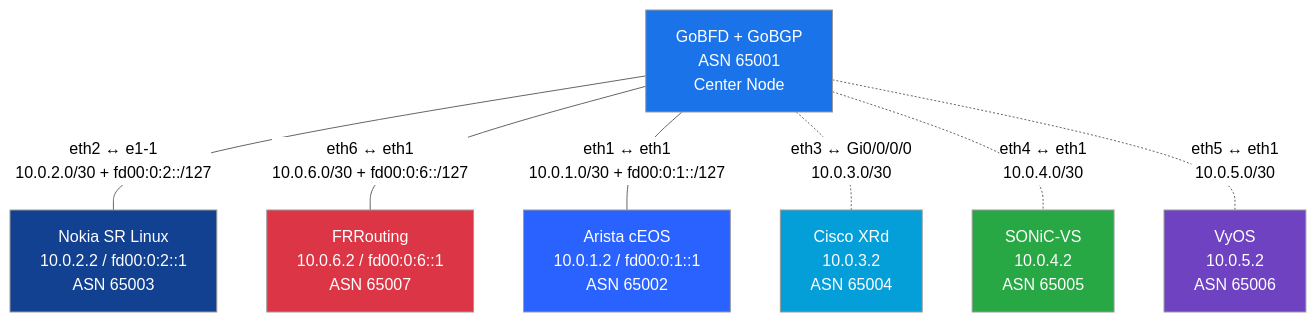
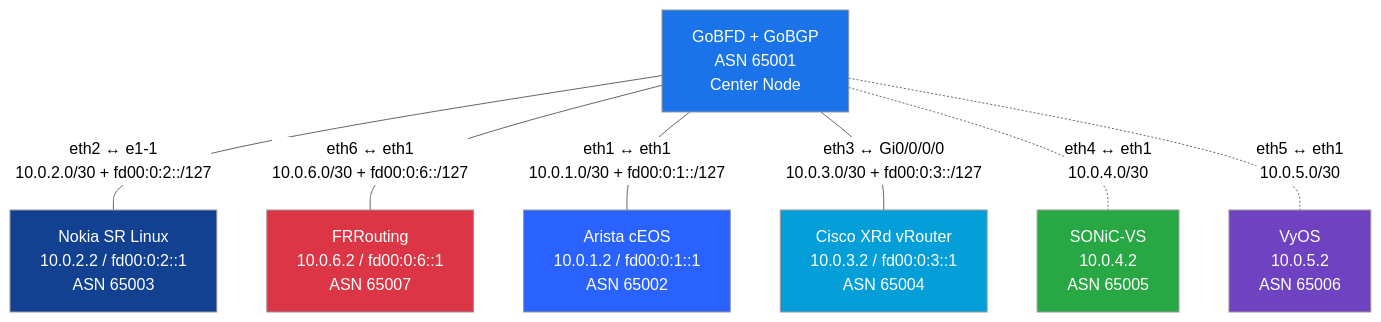
Before and after one commit to dantte-lp/gobfd: the fifth of 5 diagrams in docs/en/05-interop.md, drawn with Mermaid (neutral theme). The commit also changed other lines of this file and 14 other files, not shown here.

````diff
--- a/docs/en/05-interop.md
+++ b/docs/en/05-interop.md
@@ -269,26 +347,26 @@
 ```mermaid
 graph TD
     GOBFD["GoBFD + GoBGP<br/>ASN 65001<br/>Center Node"]
 
     NOKIA["Nokia SR Linux<br/>10.0.2.2 / fd00:0:2::1<br/>ASN 65003"]
     FRR["FRRouting<br/>10.0.6.2 / fd00:0:6::1<br/>ASN 65007"]
     ARISTA["Arista cEOS<br/>10.0.1.2 / fd00:0:1::1<br/>ASN 65002"]
-    CISCO["Cisco XRd<br/>10.0.3.2<br/>ASN 65004"]
+    CISCO["Cisco XRd vRouter<br/>10.0.3.2 / fd00:0:3::1<br/>ASN 65004"]
     SONIC["SONiC-VS<br/>10.0.4.2<br/>ASN 65005"]
     VYOS["VyOS<br/>10.0.5.2<br/>ASN 65006"]
 
     GOBFD ---|"eth2 ↔ e1-1<br/>10.0.2.0/30 + fd00:0:2::/127"| NOKIA
     GOBFD ---|"eth6 ↔ eth1<br/>10.0.6.0/30 + fd00:0:6::/127"| FRR
     GOBFD ---|"eth1 ↔ eth1<br/>10.0.1.0/30 + fd00:0:1::/127"| ARISTA
-    GOBFD -.-|"eth3 ↔ Gi0/0/0/0<br/>10.0.3.0/30"| CISCO
+    GOBFD ---|"eth3 ↔ Gi0/0/0/0<br/>10.0.3.0/30 + fd00:0:3::/127"| CISCO
     GOBFD -.-|"eth4 ↔ eth1<br/>10.0.4.0/30"| SONIC
     GOBFD -.-|"eth5 ↔ eth1<br/>10.0.5.0/30"| VYOS
 
     style GOBFD fill:#1a73e8,color:#fff
     style NOKIA fill:#124191,color:#fff
     style FRR fill:#dc3545,color:#fff
     style ARISTA fill:#2962FF,color:#fff
     style CISCO fill:#049FD9,color:#fff
     style SONIC fill:#28a745,color:#fff
     style VYOS fill:#6f42c1,color:#fff
 ```
````
